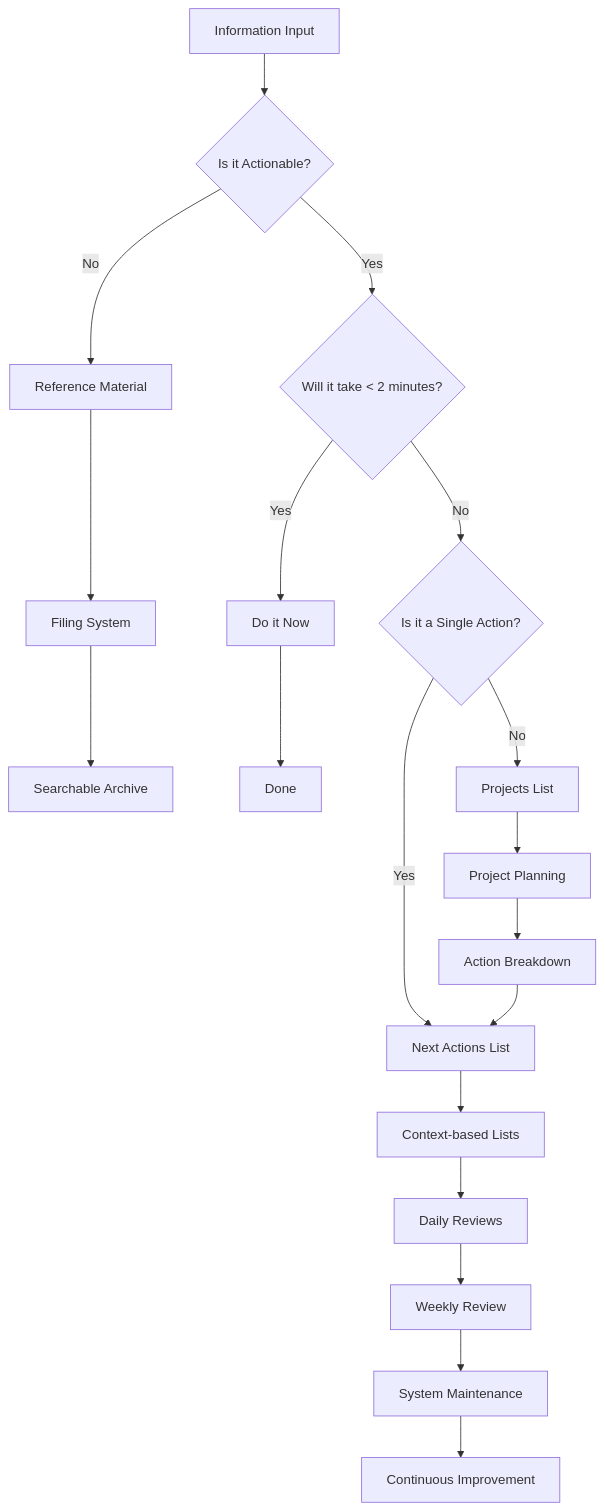
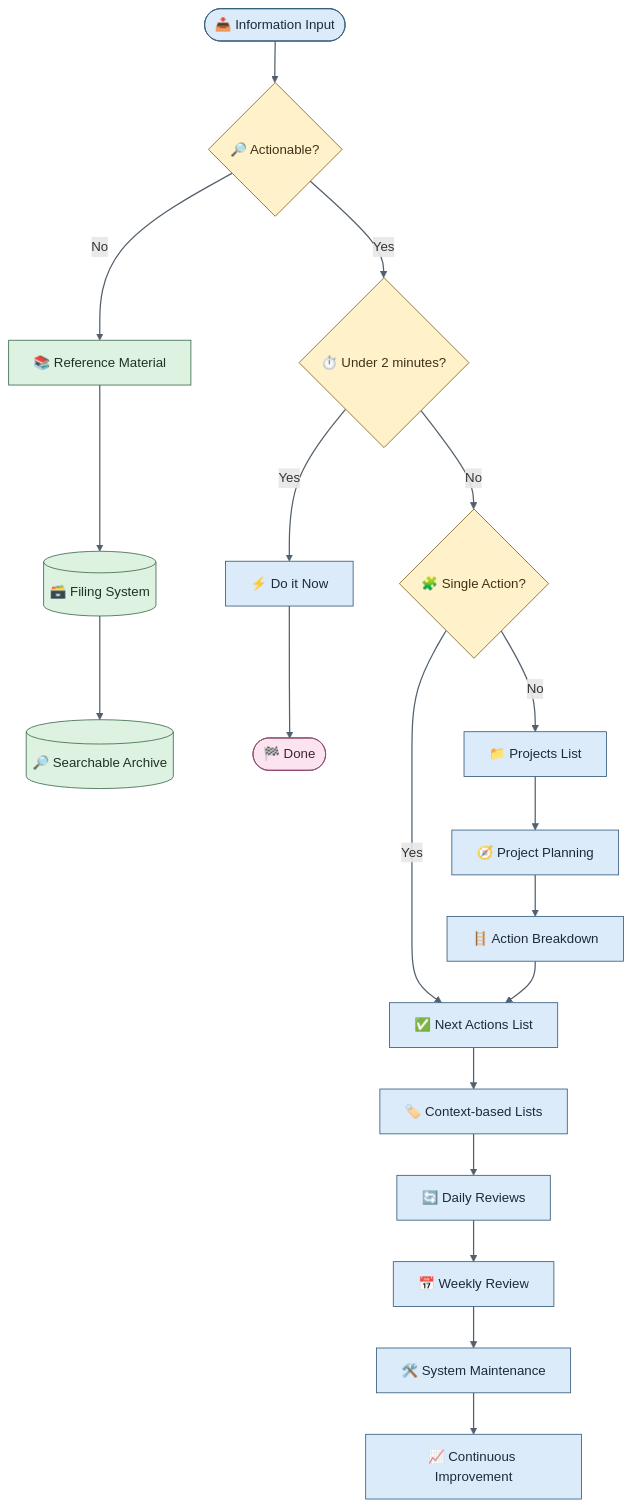
Before and after one commit to enogrob/presentation-organize-and-share-information: the second of 7 diagrams in README.md, drawn with Mermaid. The commit also changed other lines of this file and 2 other files, not shown here.

````diff
--- a/README.md
+++ b/README.md
@@ -131,25 +139,35 @@
 ```mermaid
-graph TD
-    A[Information Input] --> B{Is it Actionable?}
-    B -->|No| C[Reference Material]
-    B -->|Yes| D{Will it take < 2 minutes?}
-    D -->|Yes| E[Do it Now]
-    D -->|No| F{Is it a Single Action?}
-    F -->|Yes| G[Next Actions List]
-    F -->|No| H[Projects List]
-    
-    C --> I[Filing System]
-    E --> J[Done]
-    G --> K[Context-based Lists]
-    H --> L[Project Planning]
-    
-    I --> M[Searchable Archive]
-    K --> N[Daily Reviews]
-    L --> O[Action Breakdown]
-    
-    N --> P[Weekly Review]
-    O --> G
-    P --> Q[System Maintenance]
-    
-    Q --> R[Continuous Improvement]
+flowchart TD
+  A([📥 Information Input]) --> B{🔎 Actionable?}
+  B -->|No| C[📚 Reference Material]
+  B -->|Yes| D{⏱️ Under 2 minutes?}
+  D -->|Yes| E[⚡ Do it Now]
+  D -->|No| F{🧩 Single Action?}
+  F -->|Yes| G[✅ Next Actions List]
+  F -->|No| H[📁 Projects List]
+
+  C --> I[(🗃️ Filing System)]
+  E --> J([🏁 Done])
+  G --> K[🏷️ Context-based Lists]
+  H --> L[🧭 Project Planning]
+
+  I --> M[(🔎 Searchable Archive)]
+  K --> N[🔄 Daily Reviews]
+  L --> O[🪜 Action Breakdown]
+
+  N --> P[📅 Weekly Review]
+  O --> G
+  P --> Q[🛠️ System Maintenance]
+
+  Q --> R[📈 Continuous Improvement]
+
+  classDef process fill:#DCEBFA,stroke:#355C7D,color:#1E293B
+  classDef data fill:#DDF2E1,stroke:#3F6B4F,color:#1E3324
+  classDef decision fill:#FFF1C9,stroke:#80641D,color:#3D3217
+  classDef outcome fill:#FBE4F0,stroke:#8E496D,color:#3F2434
+  class A,E,G,H,K,L,N,O,P,Q,R process
+  class C,I,M data
+  class B,D,F decision
+  class J outcome
+  linkStyle default stroke:#52606D,stroke-width:1.5px
 ```
````
